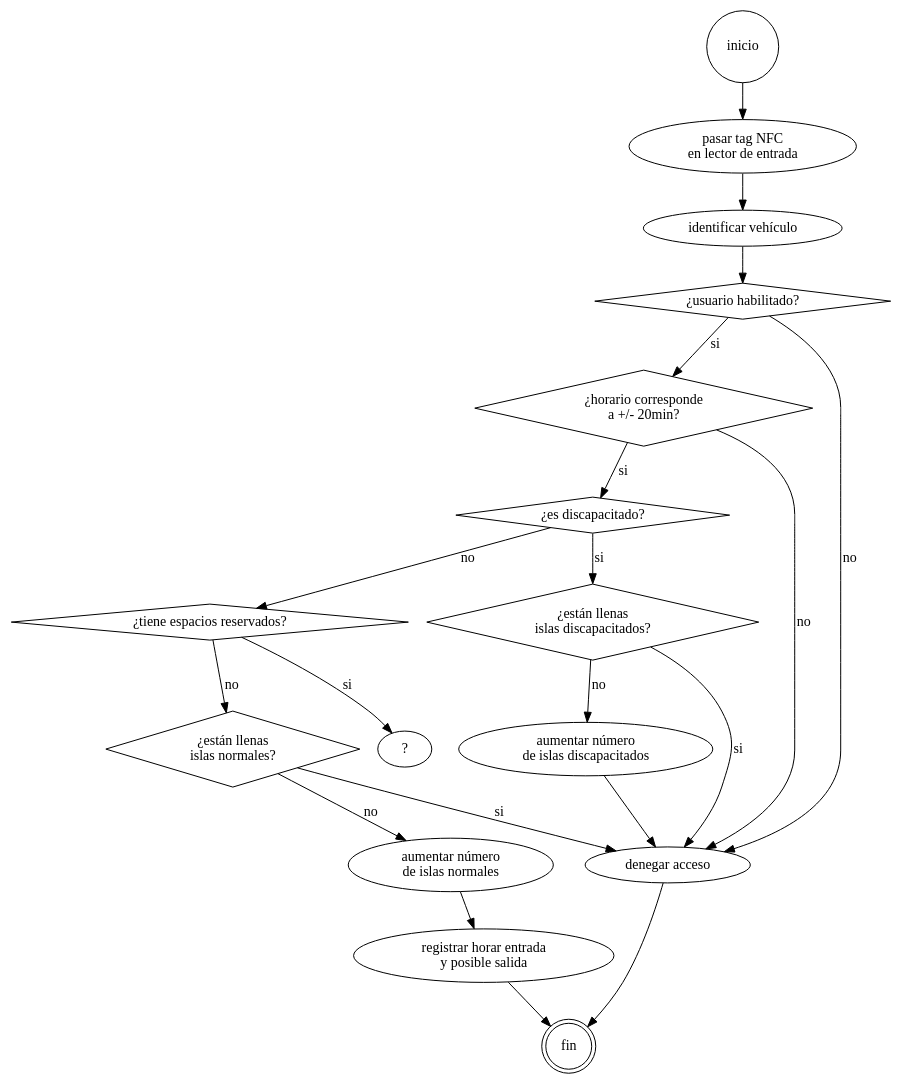
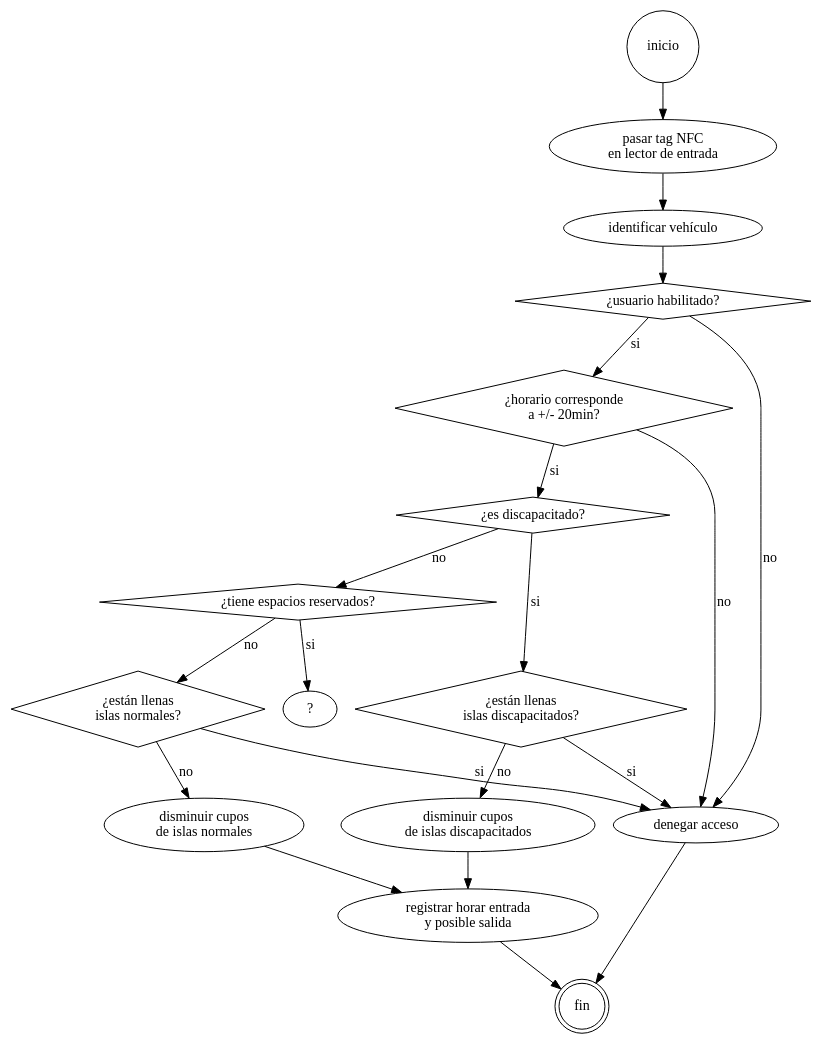
The diagram in src/diagramas/ingreso_automovil.gv (udistrital/parqueaderos-integrado), drawn with Graphviz before and after one commit. The commit also changed 3 other files, not shown here.

Commit message:
Se corrigen diagramas de acuerdo a reunión con recursos físicos

```diff
--- a/src/diagramas/ingreso_automovil.gv
+++ b/src/diagramas/ingreso_automovil.gv
@@ -1,56 +1,56 @@
 /*
   Proceso de Ingreso de Vehículo Automóvil.
   Author: Jorge Ulises Useche Cuellar
   DOT Reference :  http://www.graphviz.org/doc/info/lang.html
                    http://en.wikipedia.org/wiki/DOT_language
 */
 
 digraph IngresoVehiculo {
   inicio -> tag_nfc -> id_veh -> usu_hab;
 
   usu_hab -> hor_corre [label=si];
   usu_hab -> denegar_acce [label=no];
 
   hor_corre -> es_disca [label=si];
   hor_corre -> denegar_acce [label=no];
 
   es_disca -> full_islas_disc [label=si];
   es_disca -> espa_reser [label=no];
 
   full_islas_disc -> denegar_acce [label=si];
   full_islas_disc -> islas_disc_m1 [label=no];
 
-  islas_disc_m1 -> denegar_acce;
+  islas_disc_m1 -> reg_ingreso;
 
   espa_reser -> no_se [label=si];
   espa_reser -> full_islas_norm [label=no];
 
   full_islas_norm -> islas_norm_m1 [label=no];
   full_islas_norm -> denegar_acce [label=si];
 
   islas_norm_m1 -> reg_ingreso;
 
   reg_ingreso -> fin;
 
   denegar_acce -> fin;
 
 
   tag_nfc [label="pasar tag NFC\nen lector de entrada"];
   id_veh [label="identificar vehículo"];
   usu_hab [label="¿usuario habilitado?"];
   hor_corre [label="¿horario corresponde\n a +/- 20min?"];
   es_disca [label="¿es discapacitado?"];
   full_islas_disc [label="¿están llenas\nislas discapacitados?"];
-  islas_disc_m1 [label="aumentar número\nde islas discapacitados"];
+  islas_disc_m1 [label="disminuir cupos\nde islas discapacitados"];
   espa_reser [label="¿tiene espacios reservados?"];
   no_se [label="?"]
   full_islas_norm [label="¿están llenas\nislas normales?"];
-  islas_norm_m1 [label="aumentar número\nde islas normales"];
+  islas_norm_m1 [label="disminuir cupos\nde islas normales"];
   reg_ingreso [label="registrar horar entrada\ny posible salida"];
   denegar_acce [label="denegar acceso"];
 
   inicio [shape=circle];
   usu_hab, hor_corre, es_disca [shape=diamond];
   full_islas_norm, full_islas_disc, espa_reser [shape=diamond];
   fin [shape=doublecircle];
 }
```
